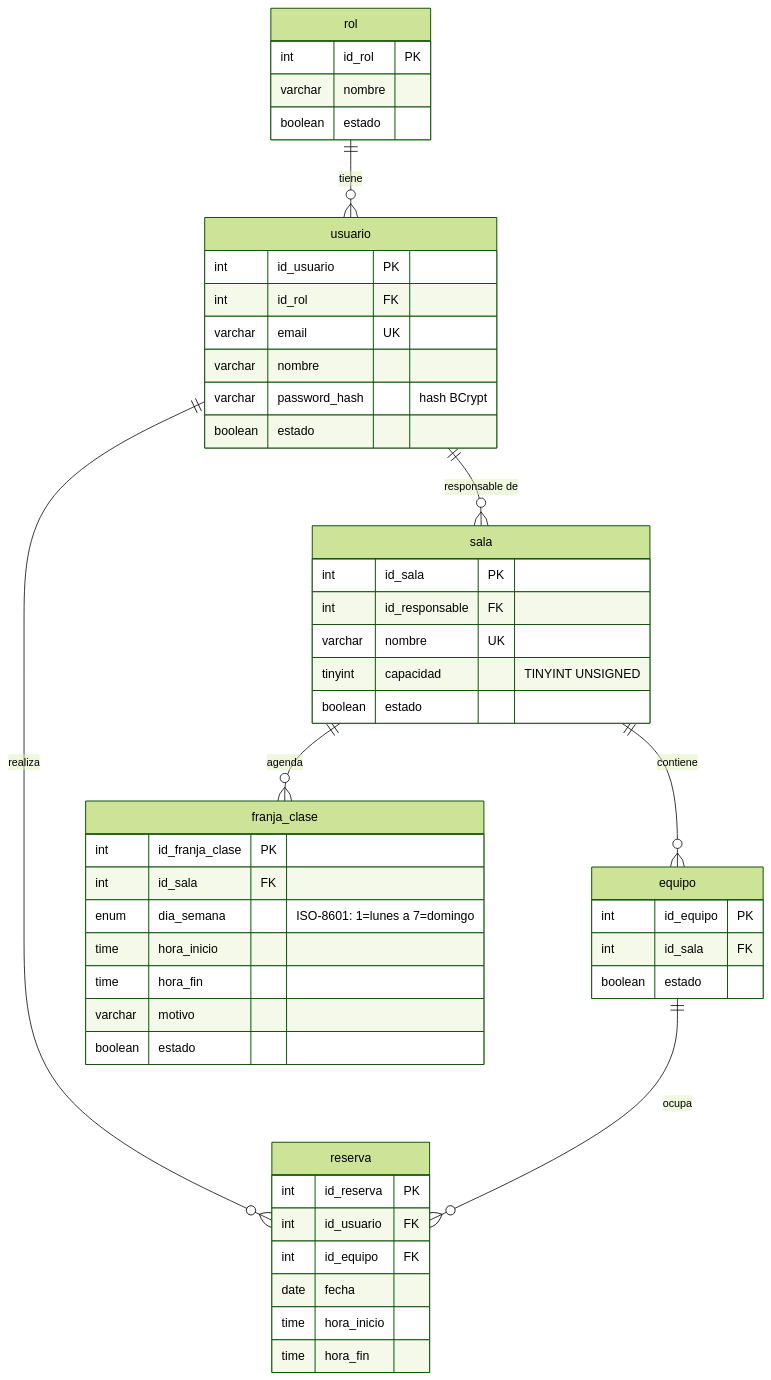
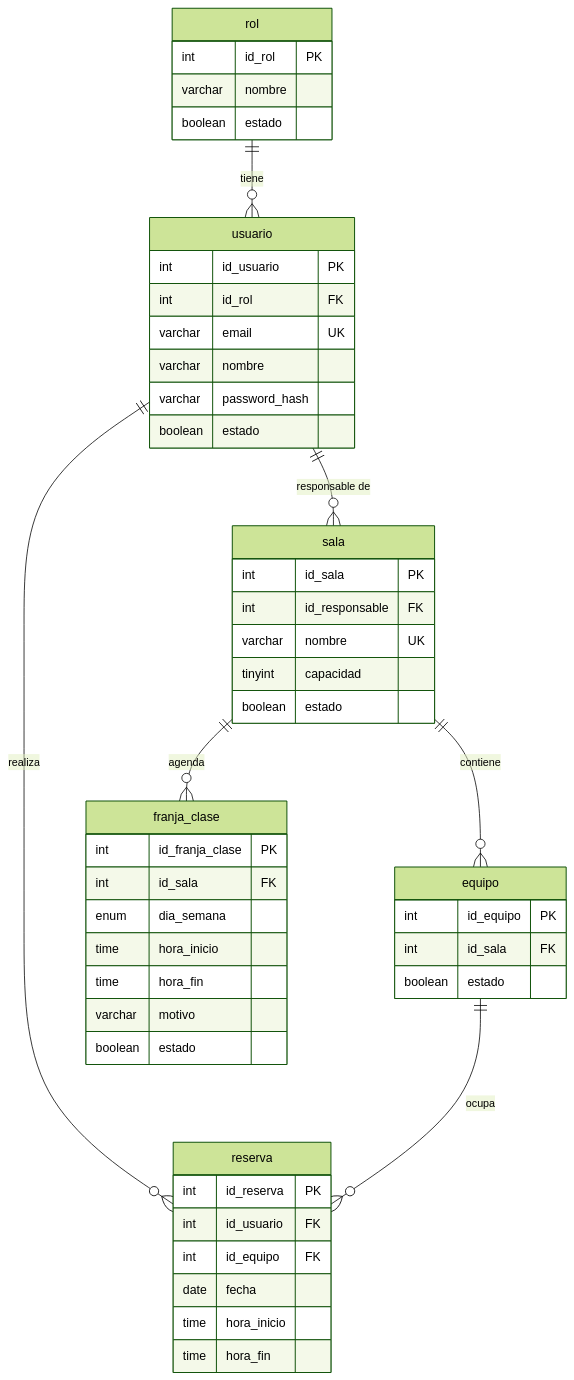
One commit to EmmanuelSan01/micompu changed the second of 2 diagrams in README.md. Above: the diagram before and after it, drawn with Mermaid (forest theme). The commit also changed other lines of this file, not shown here.

Commit message:
Refactor schema definitions and update DDL.sql link
Removed unnecessary quotes from schema definitions and updated link format for DDL.sql.

````diff
--- a/README.md
+++ b/README.md
@@ -95,52 +95,52 @@
 ```mermaid
 erDiagram
     rol ||--o{ usuario : tiene
     usuario ||--o{ sala : "responsable de"
     usuario ||--o{ reserva : realiza
     equipo ||--o{ reserva : ocupa
     sala ||--o{ equipo : contiene
     sala ||--o{ franja_clase : agenda
 
     rol {
         int id_rol PK
         varchar nombre
         boolean estado
     }
     usuario {
         int id_usuario PK
         int id_rol FK
         varchar email UK
         varchar nombre
-        varchar password_hash "hash BCrypt"
+        varchar password_hash
         boolean estado
     }
     sala {
         int id_sala PK
         int id_responsable FK
         varchar nombre UK
-        tinyint capacidad "TINYINT UNSIGNED"
+        tinyint capacidad
         boolean estado
     }
     equipo {
         int id_equipo PK
         int id_sala FK
         boolean estado
     }
     reserva {
         int id_reserva PK
         int id_usuario FK
         int id_equipo FK
         date fecha
         time hora_inicio
         time hora_fin
     }
     franja_clase {
         int id_franja_clase PK
         int id_sala FK
-        enum dia_semana "ISO-8601: 1=lunes a 7=domingo"
+        enum dia_semana
         time hora_inicio
         time hora_fin
         varchar motivo
         boolean estado
     }
 ```
````
